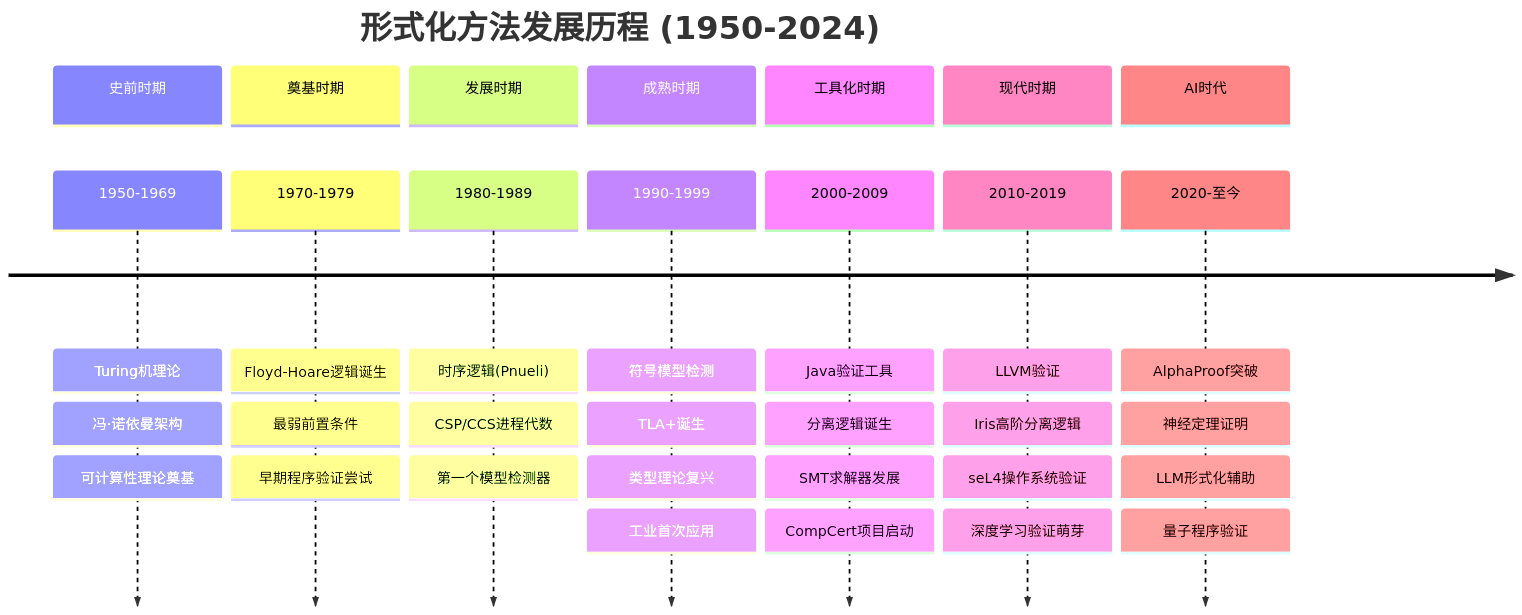
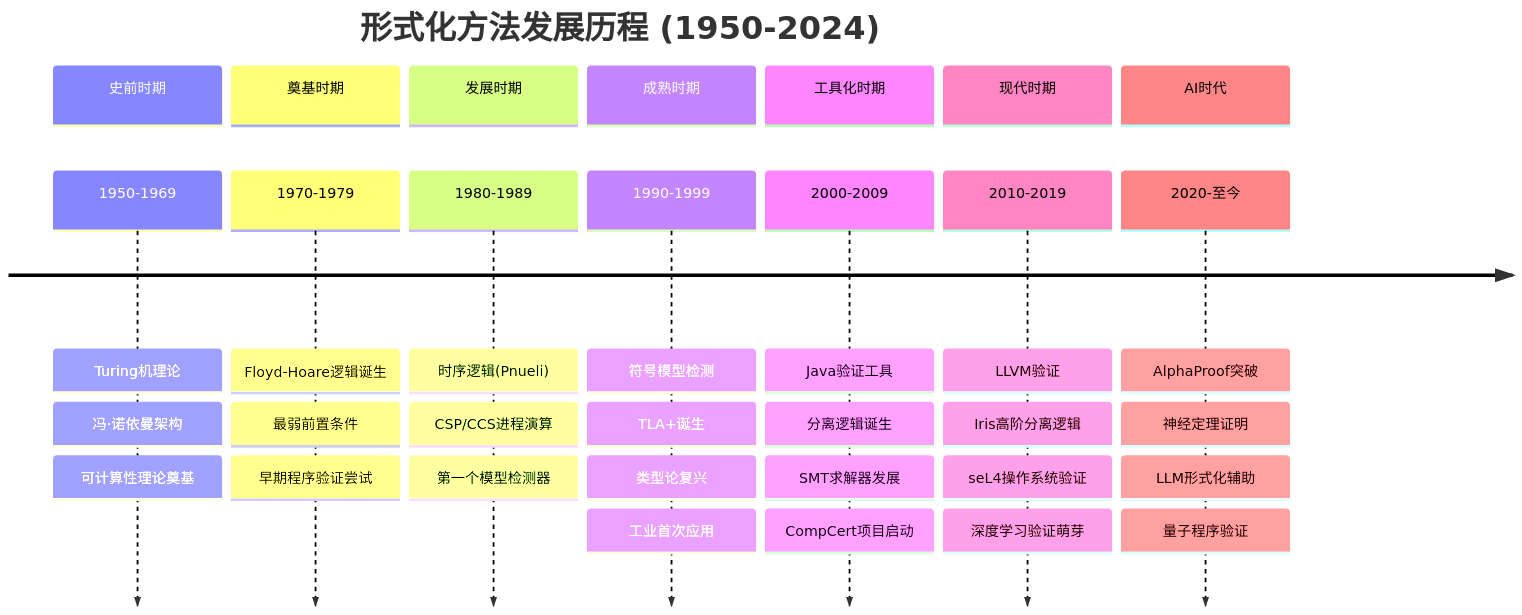
The third of 6 diagrams in formal-methods/07-future/03-history-of-formal-methods.md (AdaMartin18010/AnalysisDataFlow), drawn with Mermaid before and after one commit. The commit also changed other lines of this file and 129 other files, not shown here.

````diff
--- a/formal-methods/07-future/03-history-of-formal-methods.md
+++ b/formal-methods/07-future/03-history-of-formal-methods.md
@@ -463,36 +463,36 @@
 ```mermaid
 timeline
     title 形式化方法发展历程 (1950-2024)
     section 史前时期
         1950-1969 : Turing机理论
                  : 冯·诺依曼架构
                  : 可计算性理论奠基
     section 奠基时期
         1970-1979 : Floyd-Hoare逻辑诞生
                  : 最弱前置条件
                  : 早期程序验证尝试
     section 发展时期
         1980-1989 : 时序逻辑(Pnueli)
-                 : CSP/CCS进程代数
+                 : CSP/CCS进程演算
                  : 第一个模型检测器
     section 成熟时期
         1990-1999 : 符号模型检测
                  : TLA+诞生
-                 : 类型理论复兴
+                 : 类型论复兴
                  : 工业首次应用
     section 工具化时期
         2000-2009 : Java验证工具
                  : 分离逻辑诞生
                  : SMT求解器发展
                  : CompCert项目启动
     section 现代时期
         2010-2019 : LLVM验证
                  : Iris高阶分离逻辑
                  : seL4操作系统验证
                  : 深度学习验证萌芽
     section AI时代
         2020-至今 : AlphaProof突破
                  : 神经定理证明
                  : LLM形式化辅助
                  : 量子程序验证
 ```
````
